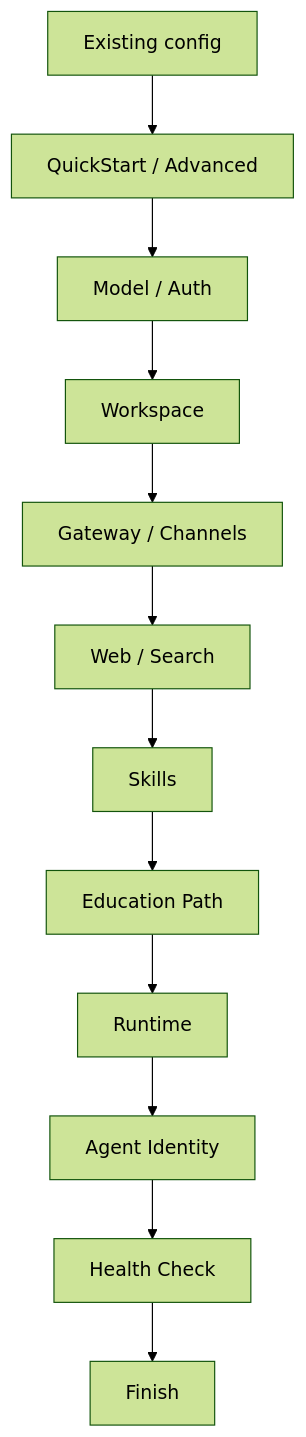
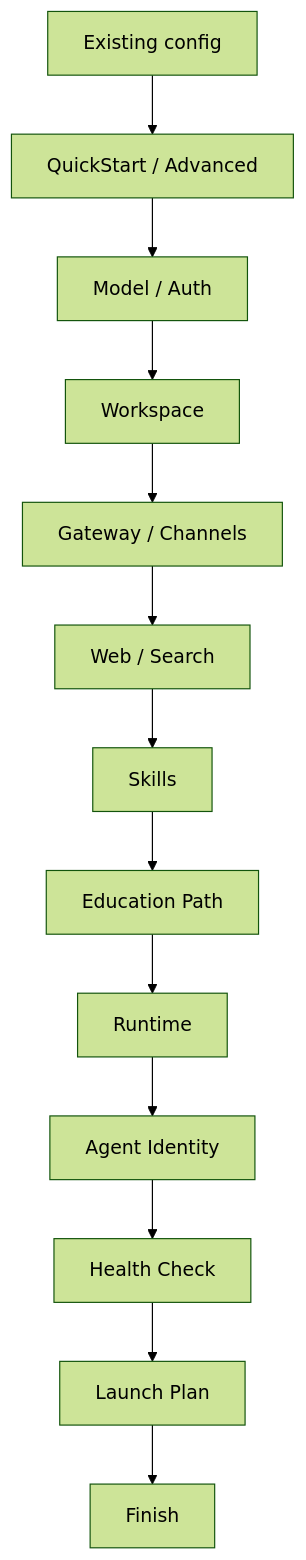
The diagram in docs/openclaw_style_onboarding.ko.md (sinmb79/Paideia-Agent), drawn with Mermaid (forest theme) before and after one commit. The commit also changed other lines of this file and 6 other files, not shown here.

Commit message:
Add onboarding launch plan artifact

````diff
--- a/docs/openclaw_style_onboarding.ko.md
+++ b/docs/openclaw_style_onboarding.ko.md
@@ -7,14 +7,15 @@
 ```mermaid
 flowchart TD
     A["Existing config"] --> B["QuickStart / Advanced"]
     B --> C["Model / Auth"]
     C --> D["Workspace"]
     D --> E["Gateway / Channels"]
     E --> F["Web / Search"]
     F --> G["Skills"]
     G --> H["Education Path"]
     H --> I["Runtime"]
     I --> J["Agent Identity"]
     J --> K["Health Check"]
-    K --> L["Finish"]
+    K --> L["Launch Plan"]
+    L --> M["Finish"]
 ```
````
